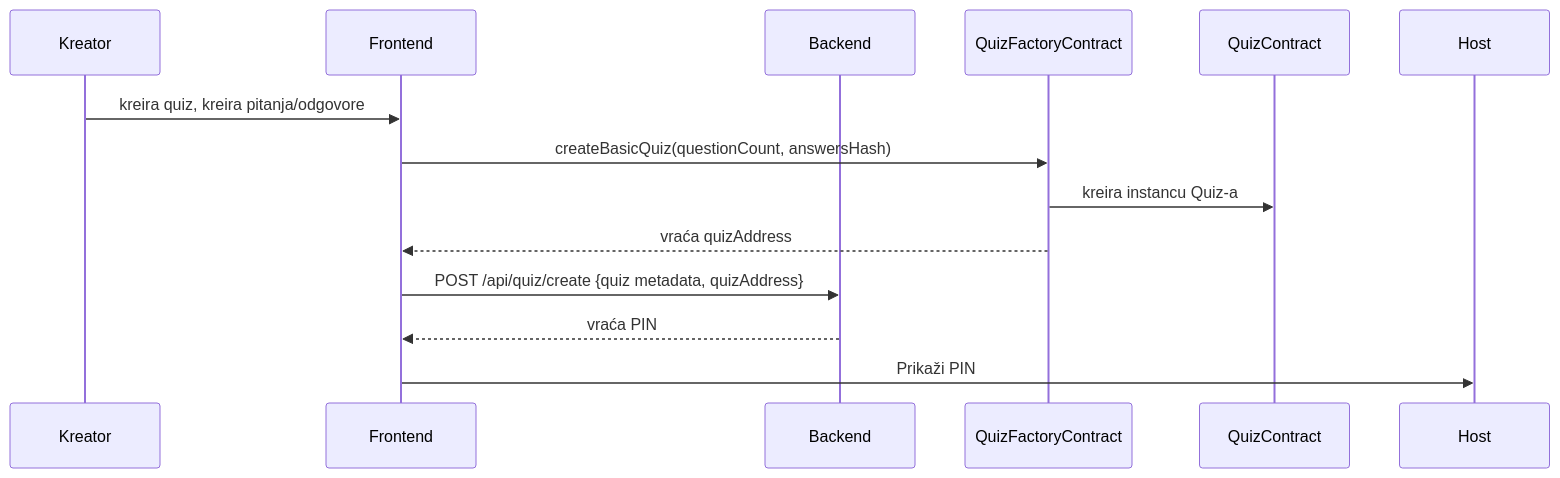
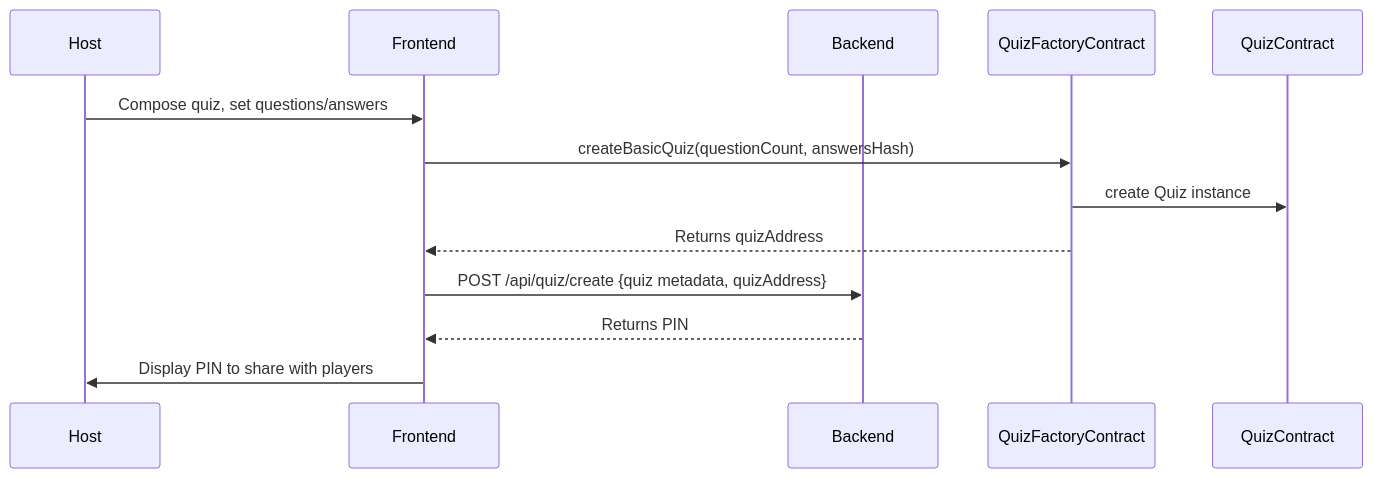
One commit to ian12-21/QuizApp-Frontend changed the second of 6 diagrams in README_Version3.md. Above: the diagram before and after it, drawn with Mermaid. The commit also changed other lines of this file, not shown here.

````diff
--- a/README_Version3.md
+++ b/README_Version3.md
@@ -34,16 +34,16 @@
 ```mermaid
 sequenceDiagram
-    participant Kreator
+    participant Host
     participant Frontend
     participant Backend
     participant FactorySC as QuizFactoryContract
     participant QuizSC as QuizContract
 
-    Kreator->>Frontend: kreira quiz, kreira pitanja/odgovore
+    Host->>Frontend: Compose quiz, set questions/answers
     Frontend->>FactorySC: createBasicQuiz(questionCount, answersHash)
-    FactorySC->>QuizSC: kreira instancu Quiz-a
-    FactorySC-->>Frontend: vraća quizAddress
+    FactorySC->>QuizSC: create Quiz instance
+    FactorySC-->>Frontend: Returns quizAddress
     Frontend->>Backend: POST /api/quiz/create {quiz metadata, quizAddress}
-    Backend-->>Frontend: vraća PIN
-    Frontend->>Host: Prikaži PIN
+    Backend-->>Frontend: Returns PIN
+    Frontend->>Host: Display PIN to share with players
 ```
````
